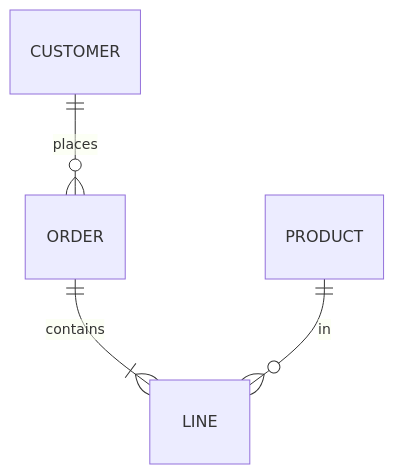
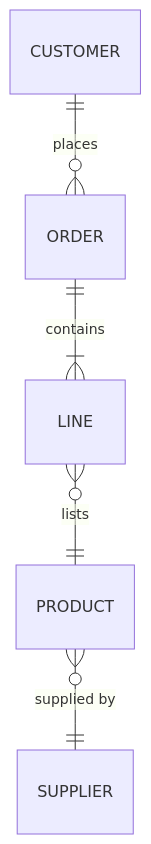
Before and after one commit to dkdev24/pele-animate: the seventh of 11 diagrams in docs/diagram-types.md, drawn with Mermaid. The commit also changed other lines of this file and 2 other files, not shown here.

First line of the commit message:
docs: richer diagram-type examples with story pins; journey steps at narrow widths

````diff
--- a/docs/diagram-types.md
+++ b/docs/diagram-types.md
@@ -156,7 +182,8 @@
 ```mermaid live
 erDiagram
-  %% pa: 1=CUSTOMER 2=ORDER 3=LINE,PRODUCT
+  %% pa: 1=CUSTOMER 2=ORDER 3=LINE 4=PRODUCT 5=SUPPLIER
   CUSTOMER ||--o{ ORDER : places
   ORDER ||--|{ LINE : contains
-  PRODUCT ||--o{ LINE : in
+  LINE }o--|| PRODUCT : lists
+  PRODUCT }o--|| SUPPLIER : "supplied by"
 ```
````
